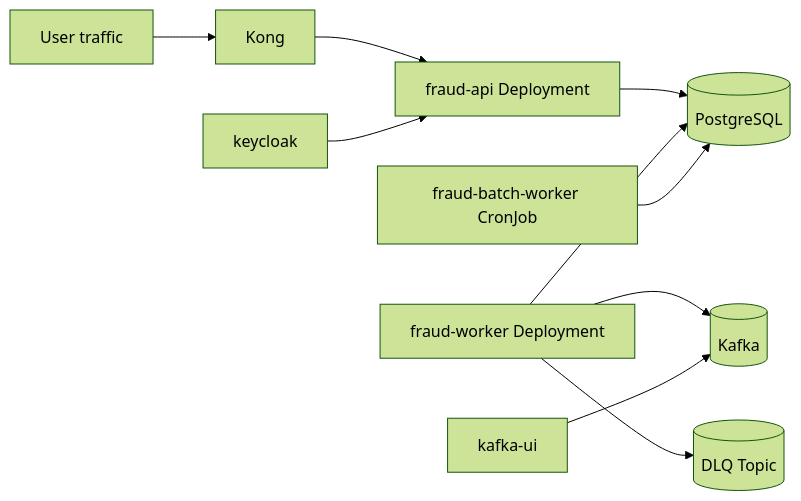
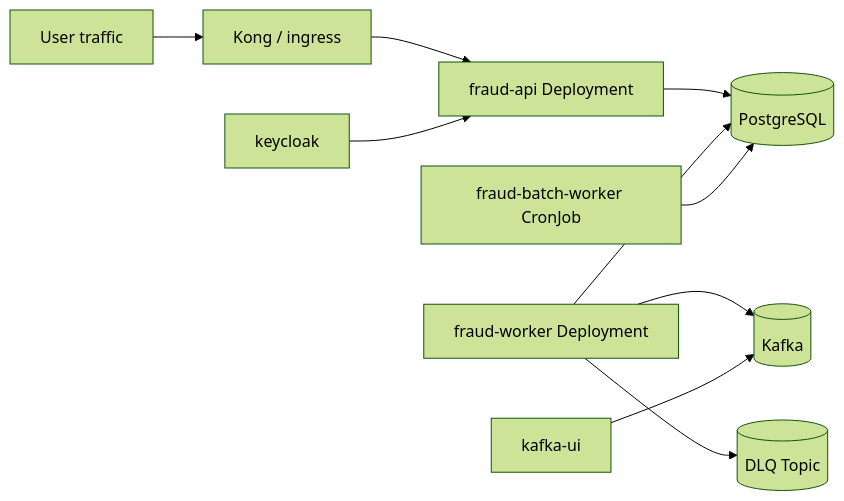
One commit to Siyablela/fraud_detection changed the diagram in fraud-detection/README.md. Above: the diagram before and after it, drawn with Mermaid (forest theme). The commit also changed other lines of this file and 86 other files, not shown here.

````diff
--- a/fraud-detection/README.md
+++ b/fraud-detection/README.md
@@ -10,14 +9,14 @@
 ```mermaid
 flowchart LR
-    U[User traffic] --> K[Kong]
+    U[User traffic] --> K[Kong / ingress]
     K --> A[fraud-api Deployment]
     A --> P[(PostgreSQL)]
 
     W[fraud-worker Deployment] --> Z[(Kafka)]
     W --> P
     W --> L[(DLQ Topic)]
 
     B[fraud-batch-worker CronJob] --> P
     X[kafka-ui] --> Z
     Y[keycloak] --> A
 ```
````
